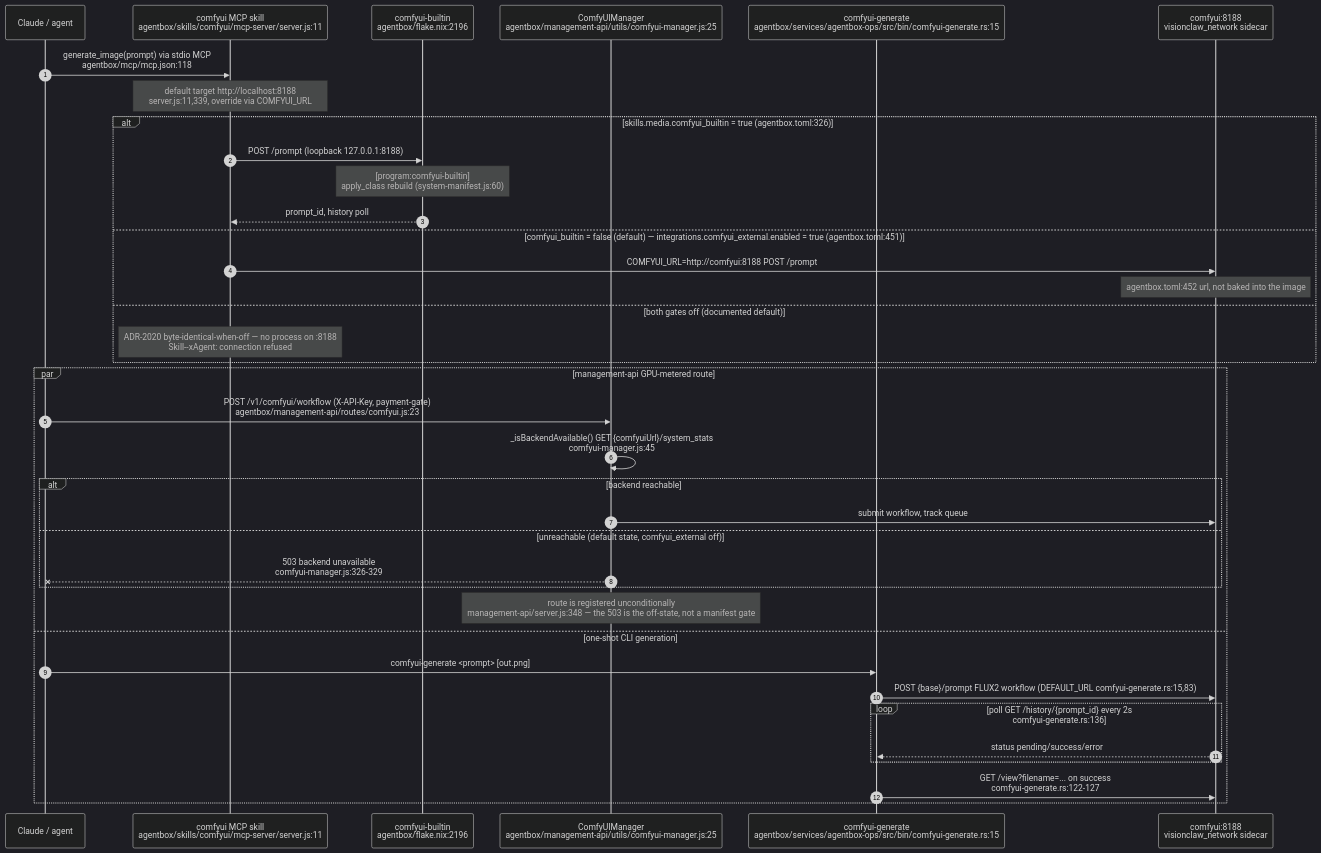
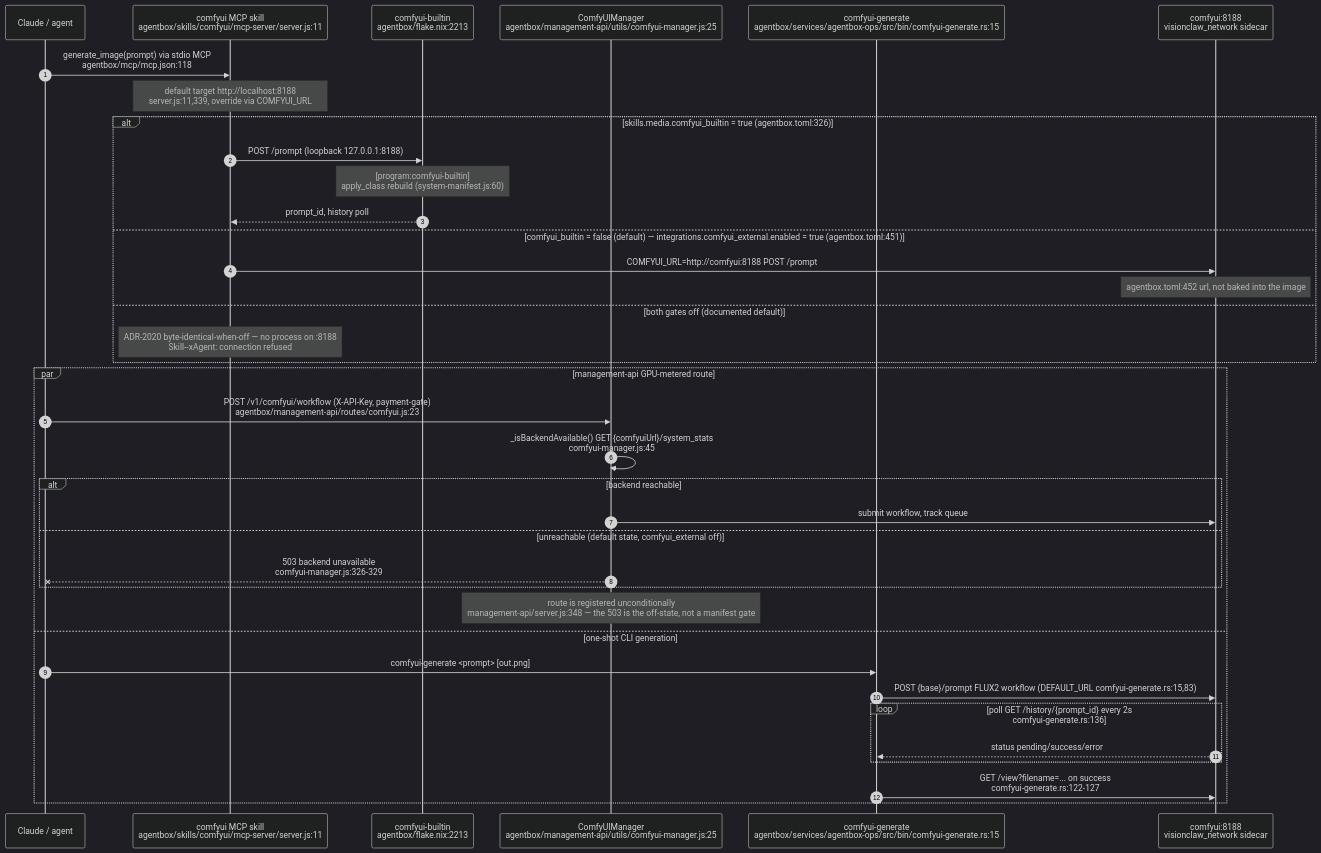
The first of 12 diagrams in docs/diagrams/agentbox/27-media-gpu-capability-services.md (DreamLab-AI/AR-AI-Knowledge-Graph), drawn with Mermaid (dark theme) before and after one commit. The commit also changed other lines of this file and 73 other files, not shown here.

First line of the commit message:
docs(diagrams): re-verify all 71 topic files against HEAD; add --cite-check

````diff
--- a/docs/diagrams/agentbox/27-media-gpu-capability-services.md
+++ b/docs/diagrams/agentbox/27-media-gpu-capability-services.md
@@ -46,42 +46,42 @@
 ```mermaid
 sequenceDiagram
     autonumber
     participant Agent as Claude / agent
     participant Skill as comfyui MCP skill<br/>agentbox/skills/comfyui/mcp-server/server.js:11
-    participant Builtin as comfyui-builtin<br/>agentbox/flake.nix:2196
+    participant Builtin as comfyui-builtin<br/>agentbox/flake.nix:2213
     participant MgmtAPI as ComfyUIManager<br/>agentbox/management-api/utils/comfyui-manager.js:25
     participant Gen as comfyui-generate<br/>agentbox/services/agentbox-ops/src/bin/comfyui-generate.rs:15
     participant Ext as comfyui:8188<br/>visionclaw_network sidecar
 
     Agent->>Skill: generate_image(prompt) via stdio MCP<br/>agentbox/mcp/mcp.json:118
     Note over Skill: default target http://localhost:8188<br/>server.js:11,339, override via COMFYUI_URL
 
     alt skills.media.comfyui_builtin = true (agentbox.toml:326)
         Skill->>Builtin: POST /prompt (loopback 127.0.0.1:8188)
         Note over Builtin: [program:comfyui-builtin]<br/>apply_class rebuild (system-manifest.js:60)
         Builtin-->>Skill: prompt_id, history poll
     else comfyui_builtin = false (default) — integrations.comfyui_external.enabled = true (agentbox.toml:451)
         Skill->>Ext: COMFYUI_URL=http://comfyui:8188 POST /prompt
         Note over Ext: agentbox.toml:452 url, not baked into the image
     else both gates off (documented default)
         Note over Skill: ADR-2020 byte-identical-when-off — no process on :8188<br/>Skill--xAgent: connection refused
     end
 
     par management-api GPU-metered route
         Agent->>MgmtAPI: POST /v1/comfyui/workflow (X-API-Key, payment-gate)<br/>agentbox/management-api/routes/comfyui.js:23
         MgmtAPI->>MgmtAPI: _isBackendAvailable() GET {comfyuiUrl}/system_stats<br/>comfyui-manager.js:45
         alt backend reachable
             MgmtAPI->>Ext: submit workflow, track queue
         else unreachable (default state, comfyui_external off)
             MgmtAPI--xAgent: 503 backend unavailable<br/>comfyui-manager.js:326-329
         end
         Note over MgmtAPI: route is registered unconditionally<br/>management-api/server.js:348 — the 503 is the off-state, not a manifest gate
     and one-shot CLI generation
         Agent->>Gen: comfyui-generate <prompt> [out.png]
         Gen->>Ext: POST {base}/prompt FLUX2 workflow (DEFAULT_URL comfyui-generate.rs:15,83)
         loop poll GET /history/{prompt_id} every 2s<br/>comfyui-generate.rs:136
             Ext-->>Gen: status pending/success/error
         end
         Gen->>Ext: GET /view?filename=... on success<br/>comfyui-generate.rs:122-127
     end
 ```
````
